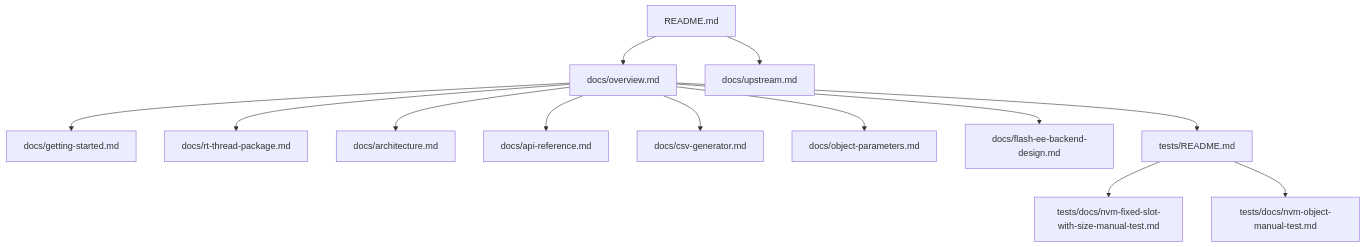
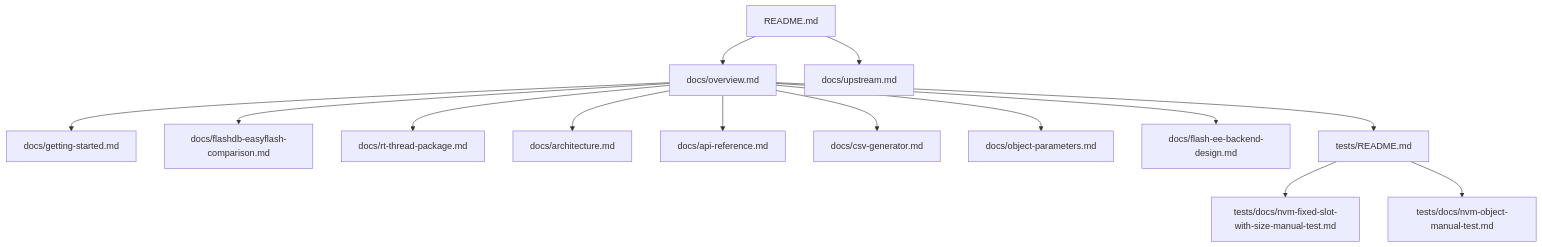
Before and after one commit to wdfk-prog/parameters: the diagram in parameters/docs/overview.md, drawn with Mermaid. The commit also changed other lines of this file and 7 other files, not shown here.

````diff
--- a/parameters/docs/overview.md
+++ b/parameters/docs/overview.md
@@ -39,15 +41,16 @@
 ```mermaid
 flowchart TD
     Root[README.md] --> Overview[docs/overview.md]
     Root --> Upstream[docs/upstream.md]
     Overview --> Start[docs/getting-started.md]
+    Overview --> Compare[docs/flashdb-easyflash-comparison.md]
     Overview --> RTT[docs/rt-thread-package.md]
     Overview --> Arch[docs/architecture.md]
     Overview --> API[docs/api-reference.md]
     Overview --> CSV[docs/csv-generator.md]
     Overview --> Obj[docs/object-parameters.md]
     Overview --> Flash[docs/flash-ee-backend-design.md]
     Overview --> TestOverview[tests/README.md]
     TestOverview --> NVMTest[tests/docs/nvm-fixed-slot-with-size-manual-test.md]
     TestOverview --> ObjNVMTest[tests/docs/nvm-object-manual-test.md]
 ```
````
